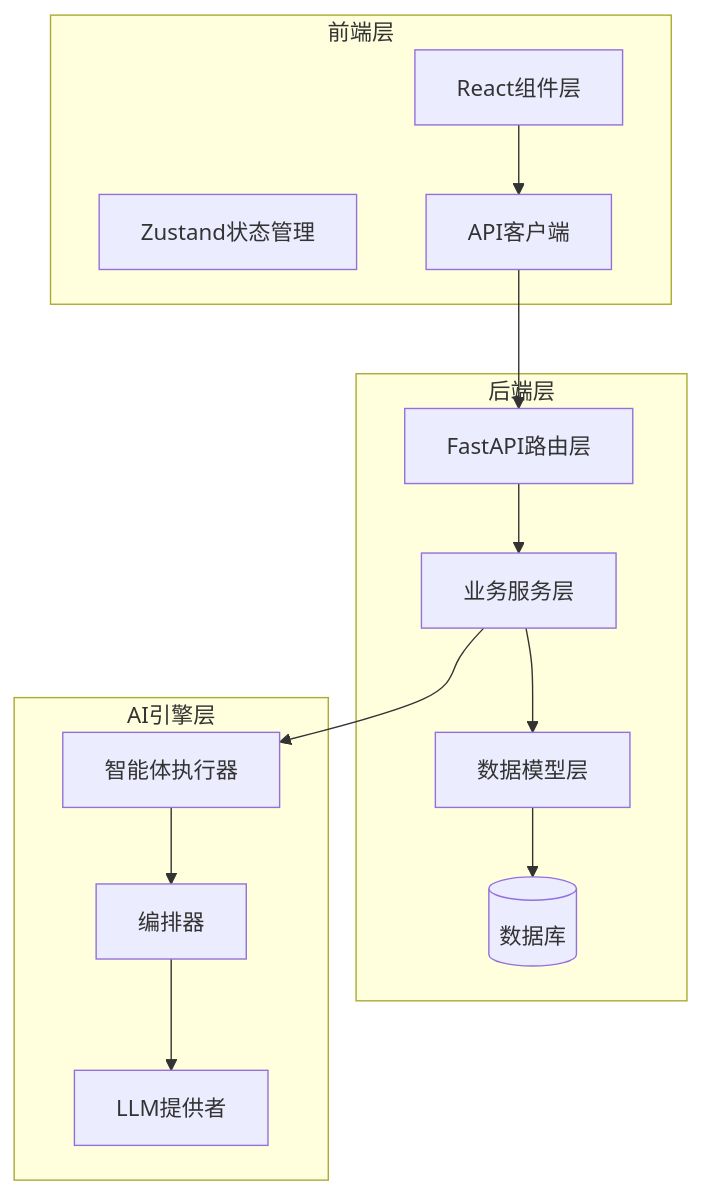
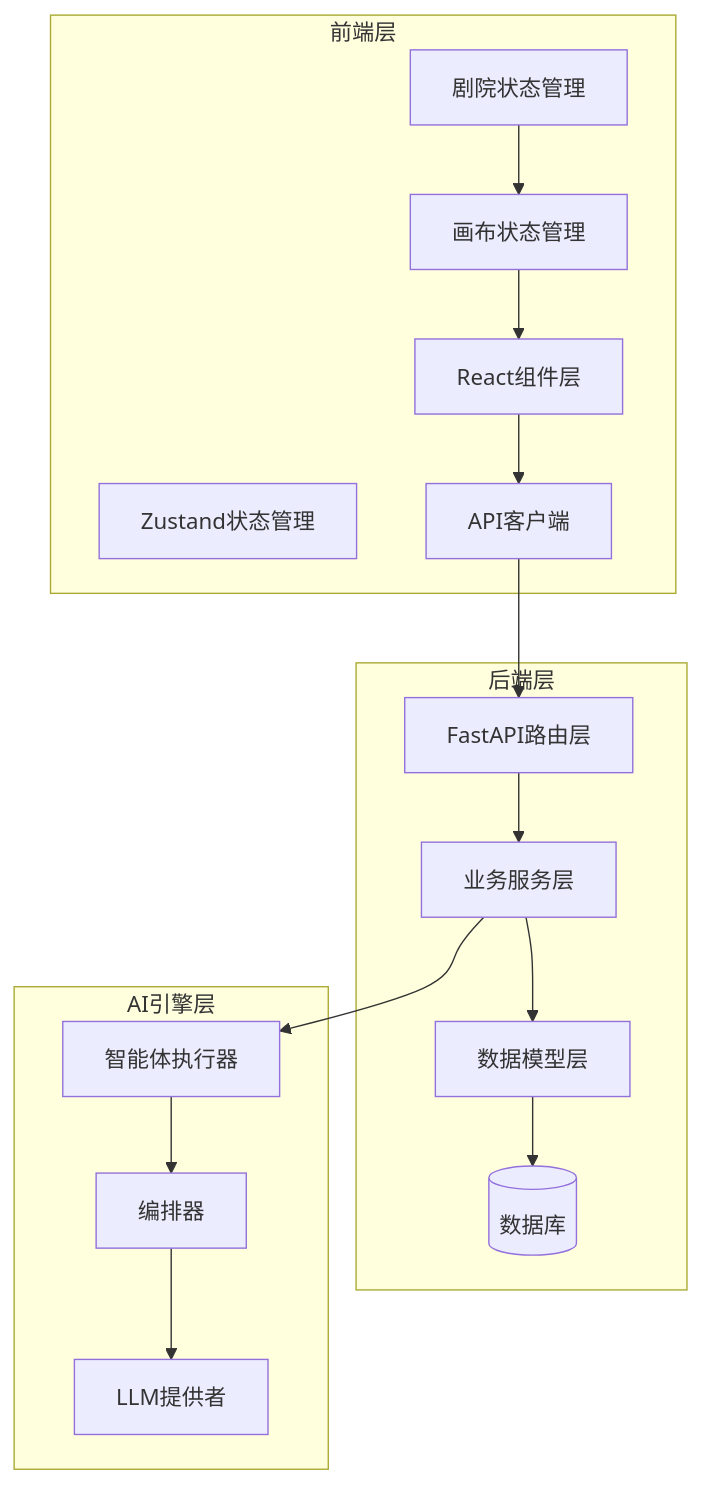
The first of 10 diagrams in .qoder/repowiki/zh/content/前端开发指南/AI助手面板增强.md (KunLabAI/KunFlix), drawn with Mermaid before and after one commit. The commit also changed other lines of this file and 11 other files, not shown here.

````diff
--- a/.qoder/repowiki/zh/content/前端开发指南/AI助手面板增强.md
+++ b/.qoder/repowiki/zh/content/前端开发指南/AI助手面板增强.md
@@ -44,27 +54,31 @@
 ```mermaid
 graph TB
 subgraph "前端层"
 UI[React组件层]
 Store[Zustand状态管理]
 API[API客户端]
+TheaterStore[剧院状态管理]
+CanvasStore[画布状态管理]
 end
 subgraph "后端层"
 Router[FastAPI路由层]
 Service[业务服务层]
 Model[数据模型层]
 DB[(数据库)]
 end
 subgraph "AI引擎层"
 Agent[智能体执行器]
 Orchestrator[编排器]
 Provider[LLM提供者]
 end
 UI --> API
 API --> Router
 Router --> Service
 Service --> Model
 Model --> DB
 Service --> Agent
 Agent --> Orchestrator
 Orchestrator --> Provider
+TheaterStore --> CanvasStore
+CanvasStore --> UI
 ```
````
